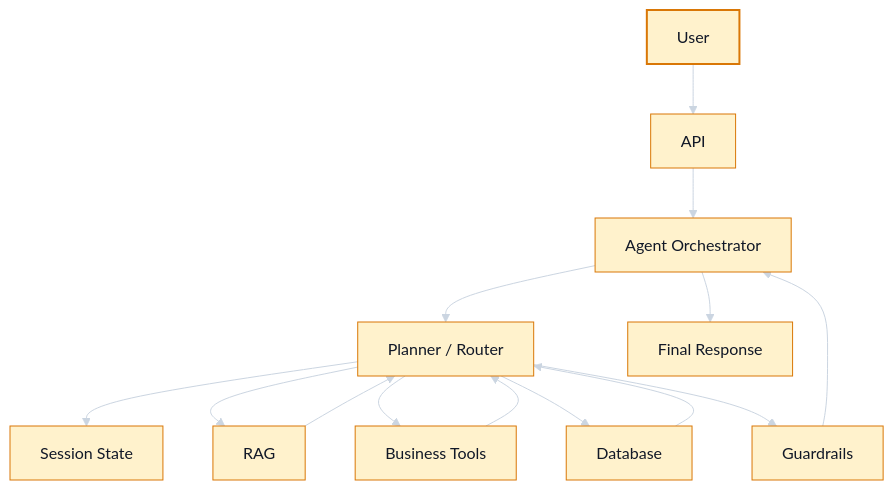
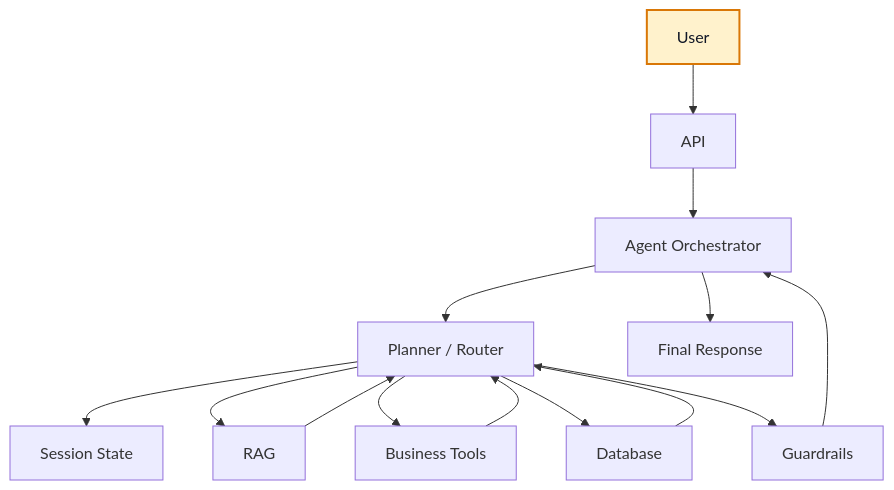
Before and after one commit to azam123/awesome-ai-engineer: diagram 14 of 26 in AI-Engineer-Interview-Questions-2026.md, drawn with Mermaid. The commit also changed other lines of this file, not shown here.

Commit message:
docs: fix GitHub Mermaid rendering compatibility

````diff
--- a/AI-Engineer-Interview-Questions-2026.md
+++ b/AI-Engineer-Interview-Questions-2026.md
@@ -914,21 +901,20 @@
 ```mermaid
 flowchart TD
-%%{init: {"theme":"base","themeVariables":{"background":"#111827","primaryColor":"#FFF2CC","primaryTextColor":"#111827","primaryBorderColor":"#D97706","lineColor":"#CBD5E1","secondaryColor":"#DDEBF7","secondaryTextColor":"#111827","secondaryBorderColor":"#2563EB","tertiaryColor":"#E2F0D9","tertiaryTextColor":"#111827","tertiaryBorderColor":"#15803D","noteBkgColor":"#FFF2CC","noteTextColor":"#111827","noteBorderColor":"#D97706","actorBkg":"#DDEBF7","actorBorder":"#2563EB","actorTextColor":"#111827","signalColor":"#E5E7EB","signalTextColor":"#111827","labelBoxBkgColor":"#FFF2CC","labelBoxBorderColor":"#D97706","labelTextColor":"#111827"}}}%%
+U[User] --> A[API]
+A --> O[Agent Orchestrator]
+O --> P[Planner / Router]
+P --> M[Session State]
+P --> R[RAG]
+P --> T[Business Tools]
+P --> D[Database]
+R --> P
+T --> P
+D --> P
+P --> G[Guardrails]
+G --> O
+O --> F[Final Response]
+class U yellow
 classDef yellow fill:#FFF2CC,stroke:#D97706,stroke-width:2px,color:#111827;
 classDef blue fill:#DDEBF7,stroke:#2563EB,stroke-width:2px,color:#111827;
 classDef green fill:#E2F0D9,stroke:#15803D,stroke-width:2px,color:#111827;
-    U[User] --> A[API]
-    A --> O[Agent Orchestrator]
-    O --> P[Planner / Router]
-    P --> M[Session State]
-    P --> R[RAG]
-    P --> T[Business Tools]
-    P --> D[Database]
-    R --> P
-    T --> P
-    D --> P
-    P --> G[Guardrails]
-    G --> O
-    O --> F[Final Response]
-    class U yellow;
 ```
````
